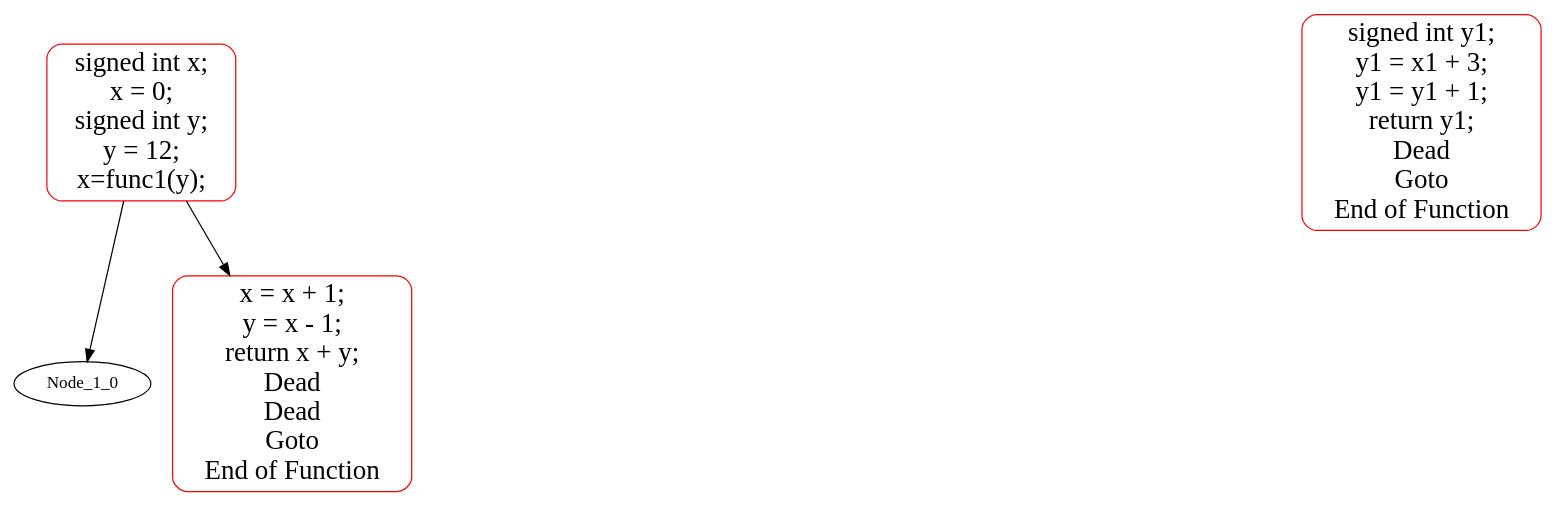
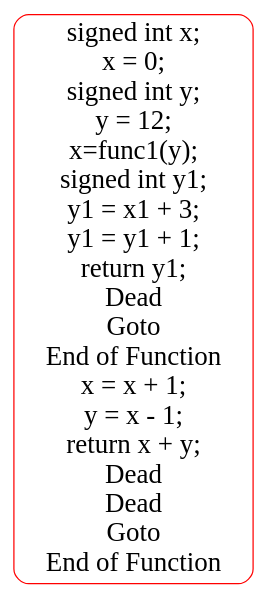
Before and after one commit to meysamkhazaee/dot_parser: the diagram in output/singlefunctionscalls-cfg-goto/singlefunctionscalls-cfg-goto_updated.dot, drawn with Graphviz. The commit also changed 17 other files, not shown here.

```diff
--- a/output/singlefunctionscalls-cfg-goto/singlefunctionscalls-cfg-goto_updated.dot
+++ b/output/singlefunctionscalls-cfg-goto/singlefunctionscalls-cfg-goto_updated.dot
@@ -1,21 +1,17 @@
 digraph G {
 color=black;
 orientation=portrait;
 fontsize=20;
 compound=true;
 size="30,40";
 ratio=compress;
 subgraph "cluster_main" {
 label="main";
 }
 
 subgraph "cluster_func1" {
 label="func1";
 }
 
-Node_0_0_Node_0_1_Node_0_2_Node_0_3_Node_0_4 [label="signed int x;\nx = 0;\nsigned int y;\ny = 12;\nx=func1(y);", shape=Mrecord, fontsize=22, color=red];
-Node_0_0_Node_0_1_Node_0_2_Node_0_3_Node_0_4 -> Node_1_0;
-Node_0_5_Node_0_6_Node_0_7_Node_0_8_Node_0_9_Node_0_10_Node_0_11 [label="x = x + 1;\ny = x - 1;\nreturn x + y;\nDead\nDead\nGoto\nEnd of Function", shape=Mrecord, fontsize=22, color=red];
-Node_0_0_Node_0_1_Node_0_2_Node_0_3_Node_0_4 -> Node_0_5_Node_0_6_Node_0_7_Node_0_8_Node_0_9_Node_0_10_Node_0_11;
-Node_1_12_Node_1_13_Node_1_14_Node_1_15_Node_1_16_Node_1_17_Node_1_18 [label="signed int y1;\ny1 = x1 + 3;\ny1 = y1 + 1;\nreturn y1;\nDead\nGoto\nEnd of Function", shape=Mrecord, fontsize=22, color=red];
+Node_0_0_Node_0_1_Node_0_2_Node_0_3_Node_0_4_Node_1_12_Node_1_13_Node_1_14_Node_1_15_Node_1_16_Node_1_17_Node_1_18_Node_0_5_Node_0_6_Node_0_7_Node_0_8_Node_0_9_Node_0_10_Node_0_11 [label="signed int x;\nx = 0;\nsigned int y;\ny = 12;\nx=func1(y);\nsigned int y1;\ny1 = x1 + 3;\ny1 = y1 + 1;\nreturn y1;\nDead\nGoto\nEnd of Function\nx = x + 1;\ny = x - 1;\nreturn x + y;\nDead\nDead\nGoto\nEnd of Function", shape=Mrecord, fontsize=22, color=red];
 }
```
